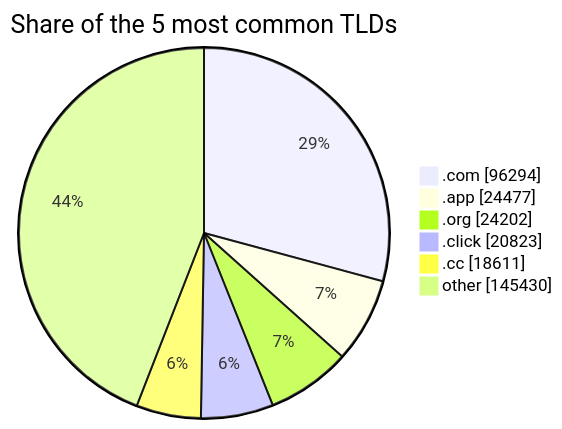
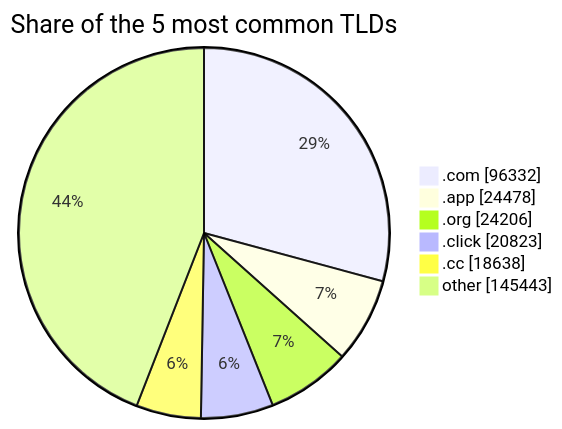
One commit to DNSBunker/CTI changed the third of 3 diagrams in README.md. Above: the diagram before and after it, drawn with Mermaid. The commit also changed other lines of this file and 4 other files, not shown here.

````diff
--- a/README.md
+++ b/README.md
@@ -81,9 +81,9 @@
 ```mermaid
 pie showData title Share of the 5 most common TLDs
-    ".com" : 96294
-    ".app" : 24477
-    ".org" : 24202
+    ".com" : 96332
+    ".app" : 24478
+    ".org" : 24206
     ".click" : 20823
-    ".cc" : 18611
-    "other" : 145430
+    ".cc" : 18638
+    "other" : 145443
 ```
````
